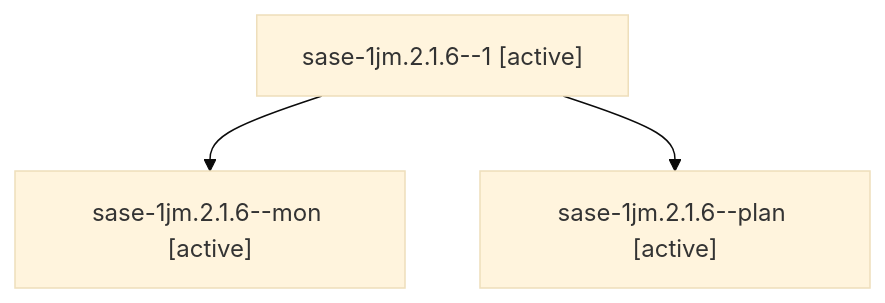
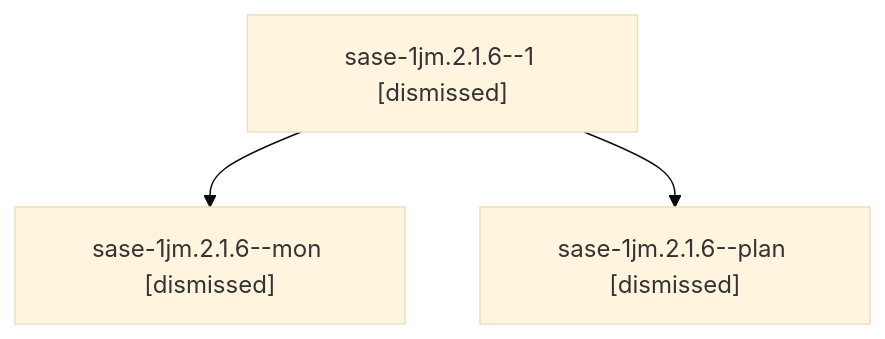
One commit to sase-org/sase--agents changed the diagram in sessions/bbugyi200.athena.sase-1jm.2.1.6.md. Above: the diagram before and after it, drawn with Mermaid (base theme). The commit also changed other lines of this file and 159 other files, not shown here.

````diff
--- a/sessions/bbugyi200.athena.sase-1jm.2.1.6.md
+++ b/sessions/bbugyi200.athena.sase-1jm.2.1.6.md
@@ -9,8 +9,8 @@
 ```mermaid
 flowchart TD
-  n0["sase-1jm.2.1.6--1 [active]"]
-  n1["sase-1jm.2.1.6--mon [active]"]
+  n0["sase-1jm.2.1.6--1 [dismissed]"]
+  n1["sase-1jm.2.1.6--mon [dismissed]"]
   n0 --> n1
-  n2["sase-1jm.2.1.6--plan [active]"]
+  n2["sase-1jm.2.1.6--plan [dismissed]"]
   n0 --> n2
 ```
````
